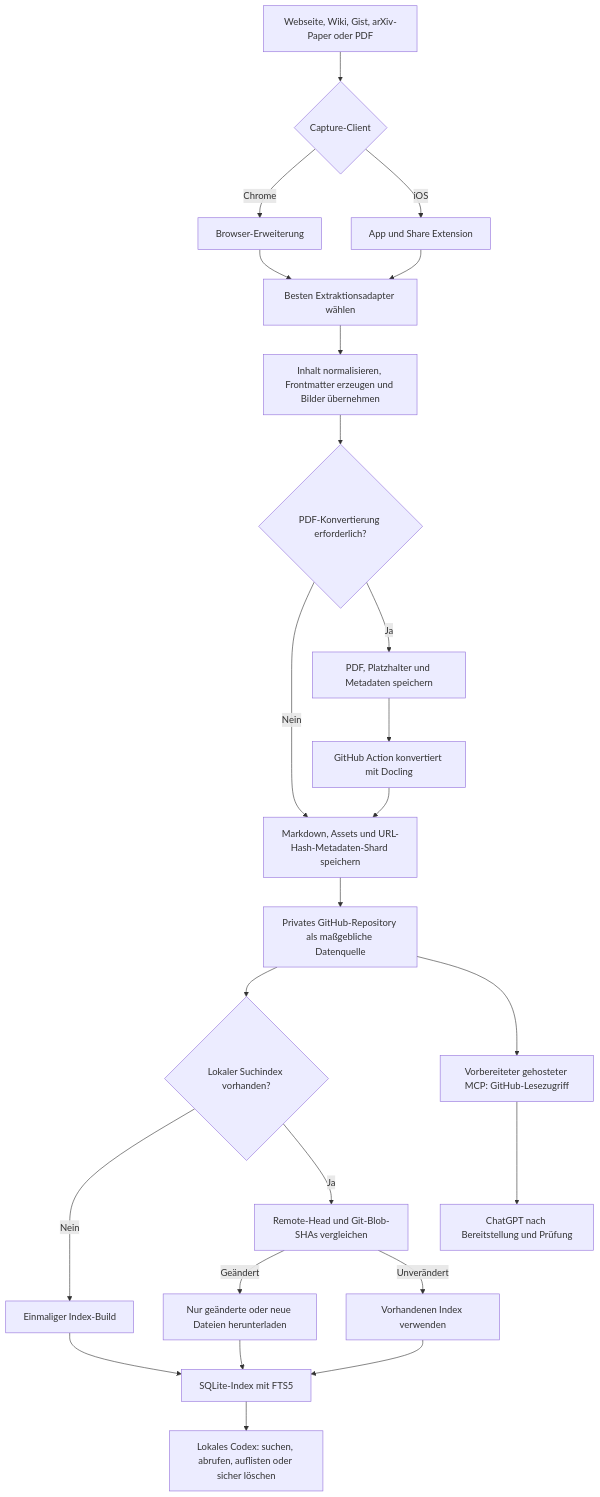
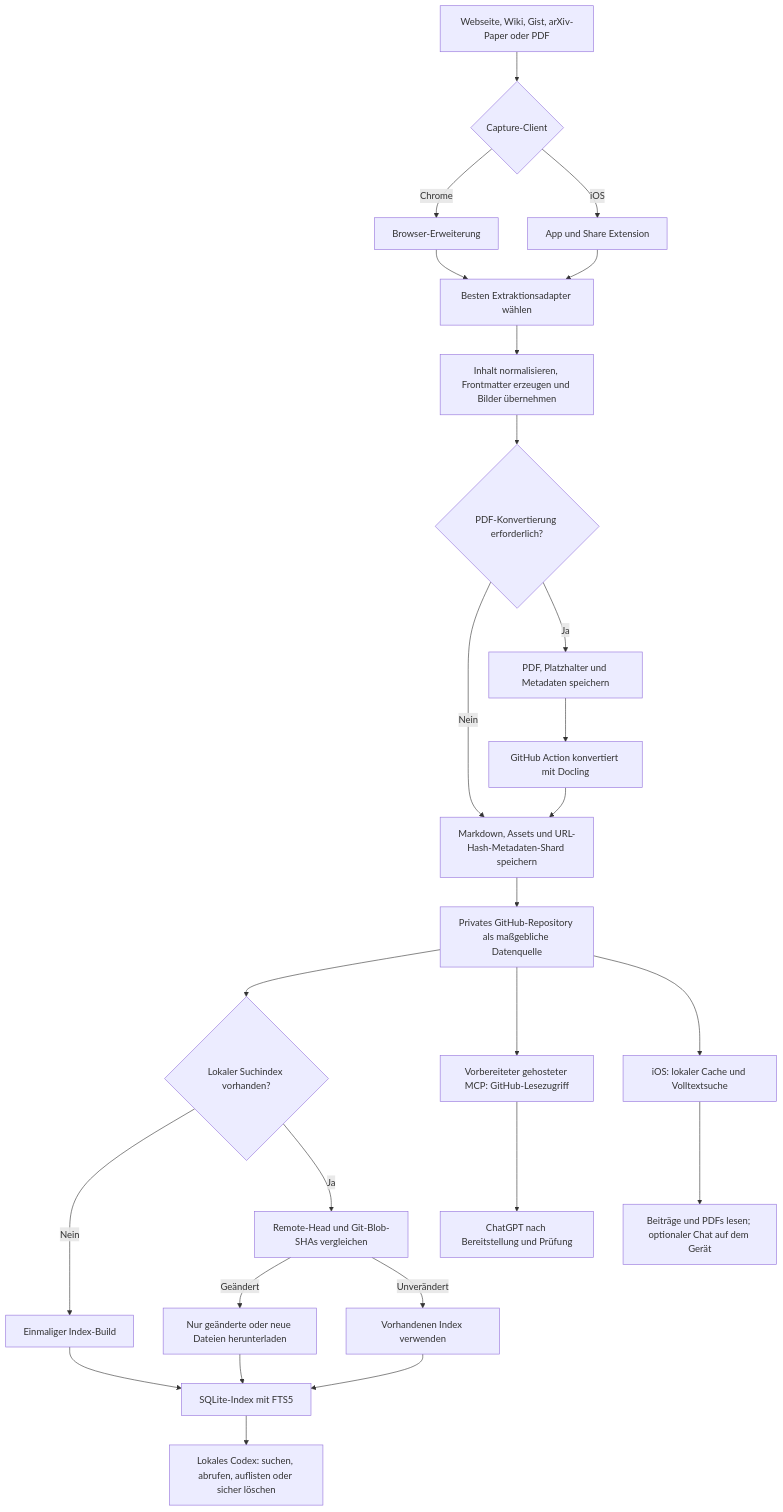
Before and after one commit to patrickschiller/sourcebraid: the diagram in README.de.md, drawn with Mermaid. The commit also changed other lines of this file and 34 other files, not shown here.

````diff
--- a/README.de.md
+++ b/README.de.md
@@ -34,26 +36,28 @@
 ```mermaid
 flowchart TD
     A["Webseite, Wiki, Gist, arXiv-Paper oder PDF"] --> B{"Capture-Client"}
     B -->|Chrome| C["Browser-Erweiterung"]
     B -->|iOS| D["App und Share Extension"]
     C --> E["Besten Extraktionsadapter wählen"]
     D --> E
     E --> F["Inhalt normalisieren, Frontmatter erzeugen und Bilder übernehmen"]
     F --> G{"PDF-Konvertierung erforderlich?"}
     G -->|Nein| H["Markdown, Assets und URL-Hash-Metadaten-Shard speichern"]
     G -->|Ja| I["PDF, Platzhalter und Metadaten speichern"]
     I --> J["GitHub Action konvertiert mit Docling"]
     J --> H
     H --> K["Privates GitHub-Repository als maßgebliche Datenquelle"]
     K --> L{"Lokaler Suchindex vorhanden?"}
     L -->|Nein| M["Einmaliger Index-Build"]
     L -->|Ja| N["Remote-Head und Git-Blob-SHAs vergleichen"]
     N -->|Geändert| O["Nur geänderte oder neue Dateien herunterladen"]
     N -->|Unverändert| P["Vorhandenen Index verwenden"]
     M --> Q["SQLite-Index mit FTS5"]
     O --> Q
     P --> Q
     Q --> R["Lokales Codex: suchen, abrufen, auflisten oder sicher löschen"]
     K --> S["Vorbereiteter gehosteter MCP: GitHub-Lesezugriff"]
     S --> T["ChatGPT nach Bereitstellung und Prüfung"]
+    K --> U["iOS: lokaler Cache und Volltextsuche"]
+    U --> V["Beiträge und PDFs lesen; optionaler Chat auf dem Gerät"]
 ```
````
